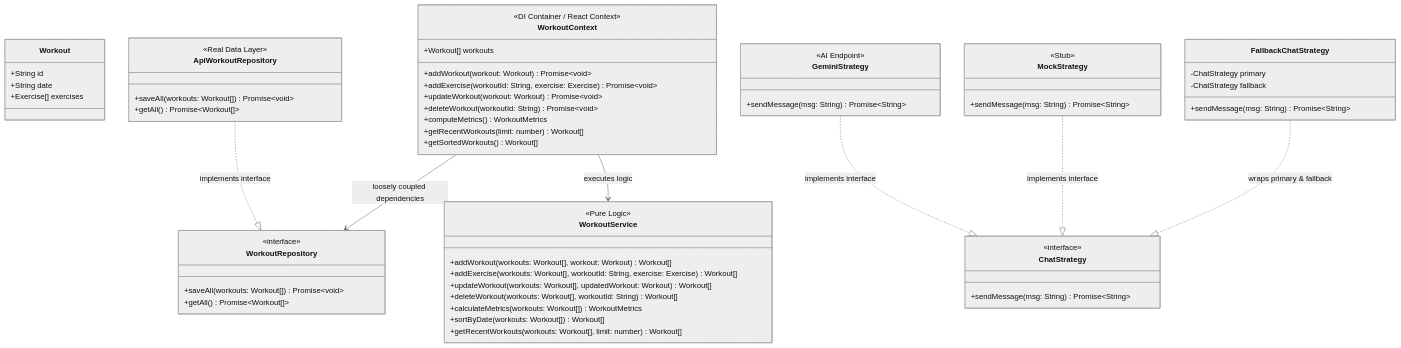
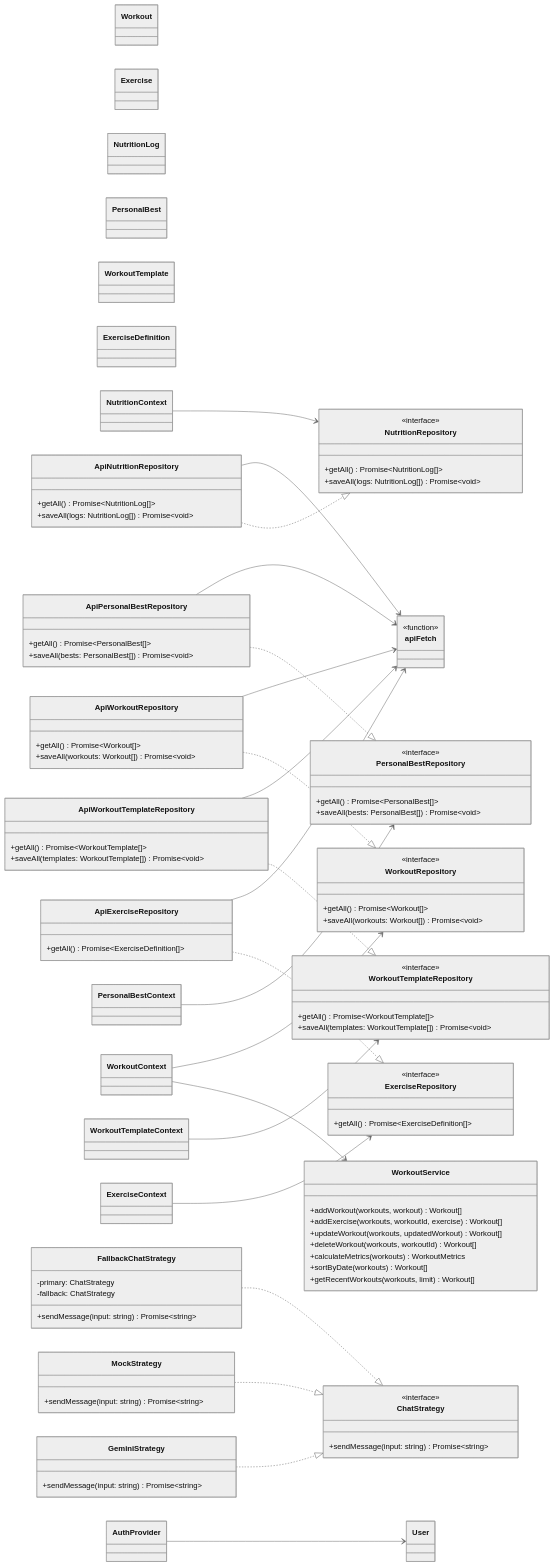
The diagram in diagrams/class-diagram.md (arya-p-gh/fittrack), drawn with Mermaid (neutral theme) before and after one commit. The commit also changed other lines of this file and 3 other files, not shown here.

First line of the commit message:
docs: align diagrams with current code

````diff
--- a/diagrams/class-diagram.md
+++ b/diagrams/class-diagram.md
@@ -5,78 +5,124 @@
 ```mermaid
 classDiagram
-    %% Core Entities (DTOs passed between layers)
-    class Workout {
-        +String id
-        +String date
-        +Exercise[] exercises
-    }
+  direction LR
 
-    %% Interfaces (in src/application/interfaces/)
-    class WorkoutRepository {
-        <<interface>>
-        +saveAll(workouts: Workout[]) Promise~void~
-        +getAll() Promise~Workout[]~
-    }
+  class Workout
+  class Exercise
+  class NutritionLog
+  class PersonalBest
+  class WorkoutTemplate
+  class ExerciseDefinition
+  class User
 
-    class ChatStrategy {
-        <<interface>>
-        +sendMessage(msg: String) Promise~String~
-    }
+  class WorkoutRepository {
+    <<interface>>
+    +getAll() Promise~Workout[]~
+    +saveAll(workouts: Workout[]) Promise~void~
+  }
 
-    %% Concrete Implementations (in src/infrastructure/)
-    class ApiWorkoutRepository {
-        <<Real Data Layer>>
-        +saveAll(workouts: Workout[]) Promise~void~
-        +getAll() Promise~Workout[]~
-    }
+  class NutritionRepository {
+    <<interface>>
+    +getAll() Promise~NutritionLog[]~
+    +saveAll(logs: NutritionLog[]) Promise~void~
+  }
 
-    class GeminiStrategy {
-        <<AI Endpoint>>
-        +sendMessage(msg: String) Promise~String~
-    }
+  class PersonalBestRepository {
+    <<interface>>
+    +getAll() Promise~PersonalBest[]~
+    +saveAll(bests: PersonalBest[]) Promise~void~
+  }
 
-    class MockStrategy {
-        <<Stub>>
-        +sendMessage(msg: String) Promise~String~
-    }
+  class WorkoutTemplateRepository {
+    <<interface>>
+    +getAll() Promise~WorkoutTemplate[]~
+    +saveAll(templates: WorkoutTemplate[]) Promise~void~
+  }
 
-    class FallbackChatStrategy {
-        -ChatStrategy primary
-        -ChatStrategy fallback
-        +sendMessage(msg: String) Promise~String~
-    }
+  class ExerciseRepository {
+    <<interface>>
+    +getAll() Promise~ExerciseDefinition[]~
+  }
 
-    %% Services (in src/application/workout/)
-    class WorkoutService {
-        <<Pure Logic>>
-        +addWorkout(workouts: Workout[], workout: Workout) Workout[]
-        +addExercise(workouts: Workout[], workoutId: String, exercise: Exercise) Workout[]
-        +updateWorkout(workouts: Workout[], updatedWorkout: Workout) Workout[]
-        +deleteWorkout(workouts: Workout[], workoutId: String) Workout[]
-        +calculateMetrics(workouts: Workout[]) WorkoutMetrics
-        +sortByDate(workouts: Workout[]) Workout[]
-        +getRecentWorkouts(workouts: Workout[], limit: number) Workout[]
-    }
+  class ApiWorkoutRepository {
+    +getAll() Promise~Workout[]~
+    +saveAll(workouts: Workout[]) Promise~void~
+  }
+  class ApiNutritionRepository {
+    +getAll() Promise~NutritionLog[]~
+    +saveAll(logs: NutritionLog[]) Promise~void~
+  }
+  class ApiPersonalBestRepository {
+    +getAll() Promise~PersonalBest[]~
+    +saveAll(bests: PersonalBest[]) Promise~void~
+  }
+  class ApiWorkoutTemplateRepository {
+    +getAll() Promise~WorkoutTemplate[]~
+    +saveAll(templates: WorkoutTemplate[]) Promise~void~
+  }
+  class ApiExerciseRepository {
+    +getAll() Promise~ExerciseDefinition[]~
+  }
 
-    %% Presentation / State (in src/application/workout/)
-    class WorkoutContext {
-        <<DI Container / React Context>>
-        +Workout[] workouts
-        +addWorkout(workout: Workout) Promise~void~
-        +addExercise(workoutId: String, exercise: Exercise) Promise~void~
-        +updateWorkout(workout: Workout) Promise~void~
-        +deleteWorkout(workoutId: String) Promise~void~
-        +computeMetrics() WorkoutMetrics
-        +getRecentWorkouts(limit: number) Workout[]
-        +getSortedWorkouts() Workout[]
-    }
+  ApiWorkoutRepository ..|> WorkoutRepository
+  ApiNutritionRepository ..|> NutritionRepository
+  ApiPersonalBestRepository ..|> PersonalBestRepository
+  ApiWorkoutTemplateRepository ..|> WorkoutTemplateRepository
+  ApiExerciseRepository ..|> ExerciseRepository
 
-    %% Relationships Mapping Back to Code
-    ApiWorkoutRepository ..|> WorkoutRepository : implements interface
-    GeminiStrategy ..|> ChatStrategy : implements interface
-    MockStrategy ..|> ChatStrategy : implements interface
-    FallbackChatStrategy ..|> ChatStrategy : wraps primary & fallback
+  class WorkoutService {
+    +addWorkout(workouts, workout) Workout[]
+    +addExercise(workouts, workoutId, exercise) Workout[]
+    +updateWorkout(workouts, updatedWorkout) Workout[]
+    +deleteWorkout(workouts, workoutId) Workout[]
+    +calculateMetrics(workouts) WorkoutMetrics
+    +sortByDate(workouts) Workout[]
+    +getRecentWorkouts(workouts, limit) Workout[]
+  }
 
-    WorkoutContext --> WorkoutService : executes logic
-    WorkoutContext --> WorkoutRepository : loosely coupled dependencies
+  class ChatStrategy {
+    <<interface>>
+    +sendMessage(input: string) Promise~string~
+  }
+  class GeminiStrategy {
+    +sendMessage(input: string) Promise~string~
+  }
+  class MockStrategy {
+    +sendMessage(input: string) Promise~string~
+  }
+  class FallbackChatStrategy {
+    -primary: ChatStrategy
+    -fallback: ChatStrategy
+    +sendMessage(input: string) Promise~string~
+  }
+
+  GeminiStrategy ..|> ChatStrategy
+  MockStrategy ..|> ChatStrategy
+  FallbackChatStrategy ..|> ChatStrategy
+
+  class apiFetch {
+    <<function>>
+  }
+
+  ApiWorkoutRepository --> apiFetch
+  ApiNutritionRepository --> apiFetch
+  ApiPersonalBestRepository --> apiFetch
+  ApiWorkoutTemplateRepository --> apiFetch
+  ApiExerciseRepository --> apiFetch
+
+  class WorkoutContext
+  class NutritionContext
+  class PersonalBestContext
+  class WorkoutTemplateContext
+  class ExerciseContext
+  class AuthProvider
+
+  WorkoutContext --> WorkoutService
+  WorkoutContext --> WorkoutRepository
+
+  NutritionContext --> NutritionRepository
+  PersonalBestContext --> PersonalBestRepository
+  WorkoutTemplateContext --> WorkoutTemplateRepository
+  ExerciseContext --> ExerciseRepository
+
+  AuthProvider --> User
 ```
````
